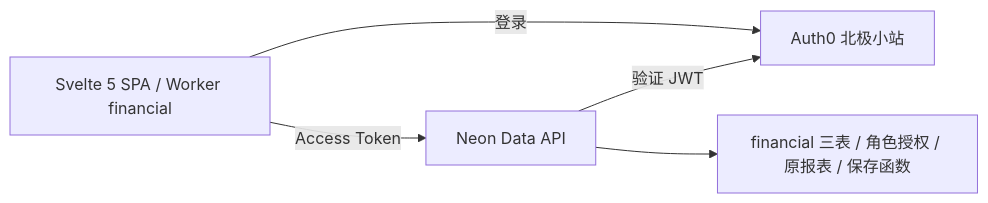
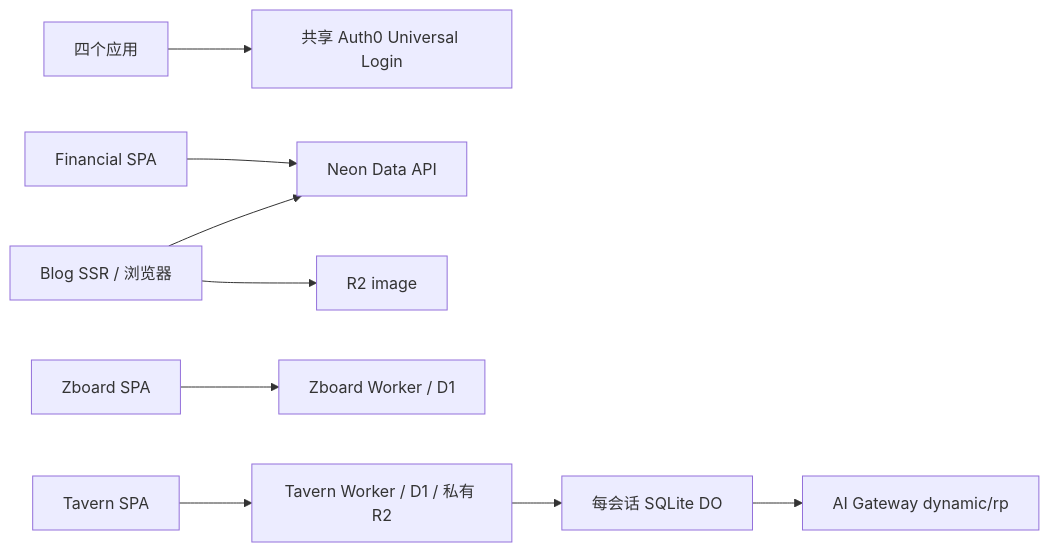
Before and after one commit to hasbai/financial: the diagram in docs/ARCHITECTURE.md, drawn with Mermaid. The commit also changed other lines of this file and 44 other files, not shown here.

````diff
--- a/docs/ARCHITECTURE.md
+++ b/docs/ARCHITECTURE.md
@@ -7,7 +14,11 @@
 ```mermaid
 flowchart LR
- SPA[Svelte 5 SPA / Worker financial] -->|登录| AUTH[Auth0 北极小站]
- SPA -->|Access Token| API[Neon Data API]
- API -->|验证 JWT| AUTH
- API --> DB[financial 三表 / 角色授权 / 原报表 / 保存函数]
+  Apps[四个应用] --> Auth[共享 Auth0 Universal Login]
+  Financial[Financial SPA] --> Neon[Neon Data API]
+  Blog[Blog SSR / 浏览器] --> Neon
+  Blog --> Image[R2 image]
+  Zboard[Zboard SPA] --> ZWorker[Zboard Worker / D1]
+  Tavern[Tavern SPA] --> TWorker[Tavern Worker / D1 / 私有 R2]
+  TWorker --> DO[每会话 SQLite DO]
+  DO --> Gateway[AI Gateway dynamic/rp]
 ```
````
